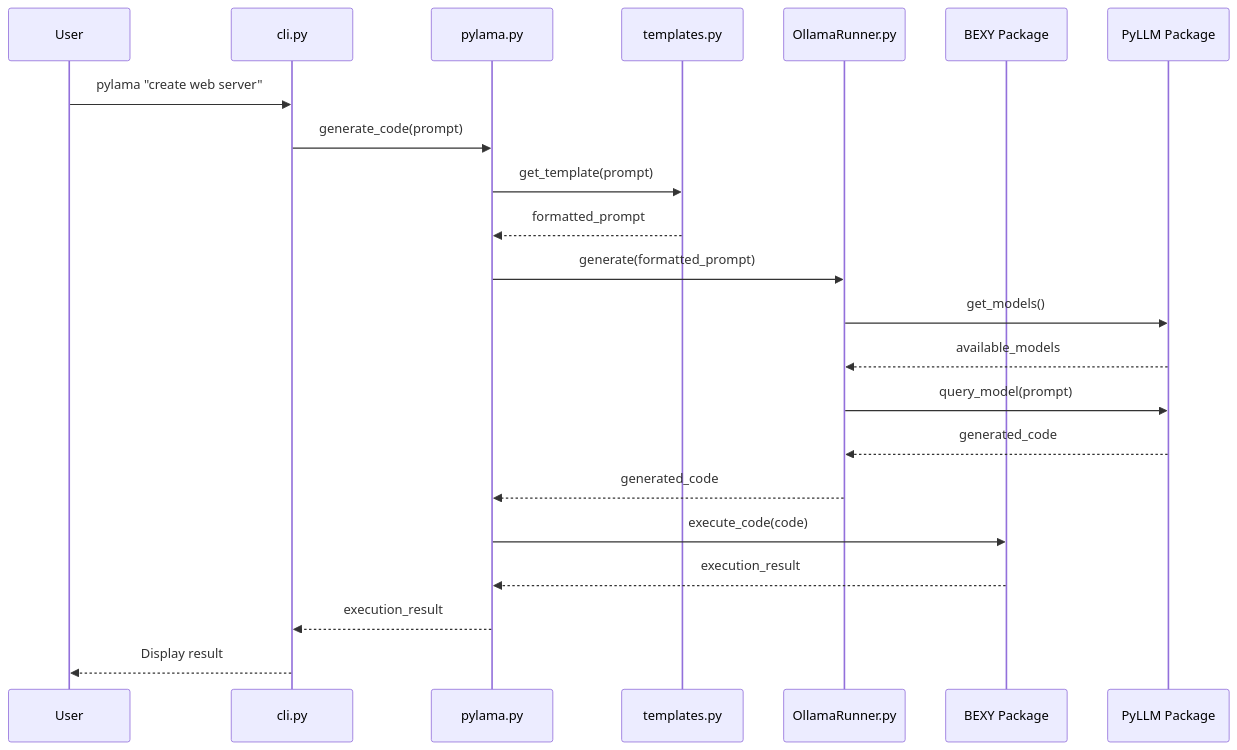
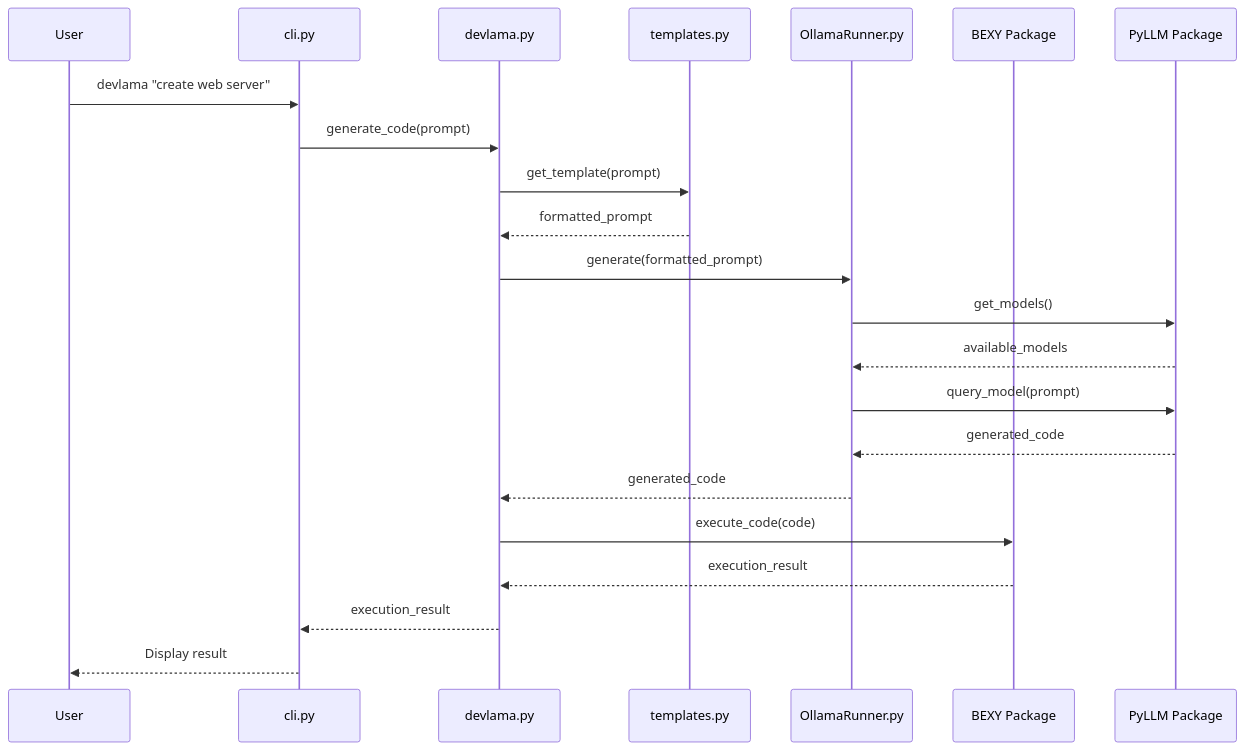
The second of 3 diagrams in README.md (py-lama/devlama), drawn with Mermaid before and after one commit. The commit also changed other lines of this file and 30 other files, not shown here.

````diff
--- a/README.md
+++ b/README.md
@@ -750,25 +750,25 @@
 ```mermaid
 sequenceDiagram
     participant User
     participant CLI as cli.py
-    participant Core as pylama.py
+    participant Core as devlama.py
     participant Templates as templates.py
     participant Ollama as OllamaRunner.py
     participant BEXY as BEXY Package
     participant PyLLM as PyLLM Package
     
-    User->>CLI: pylama "create web server"
+    User->>CLI: devlama "create web server"
     CLI->>Core: generate_code(prompt)
     Core->>Templates: get_template(prompt)
     Templates-->>Core: formatted_prompt
     Core->>Ollama: generate(formatted_prompt)
     Ollama->>PyLLM: get_models()
     PyLLM-->>Ollama: available_models
     Ollama->>PyLLM: query_model(prompt)
     PyLLM-->>Ollama: generated_code
     Ollama-->>Core: generated_code
     Core->>BEXY: execute_code(code)
     BEXY-->>Core: execution_result
     Core-->>CLI: execution_result
     CLI-->>User: Display result
 ```
````
